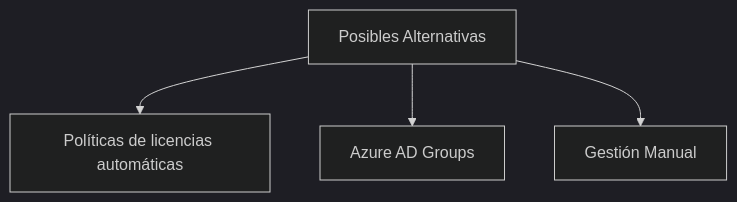
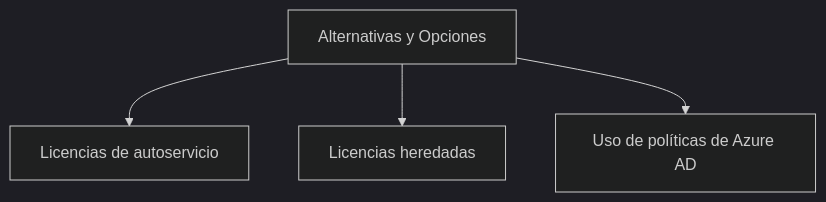
Before and after one commit to fedesantamarina/az-104: the third of 3 diagrams in Manage Licenses in Azure AD.md, drawn with Mermaid (dark theme). The commit also changed other lines of this file, not shown here.

````diff
--- a/Manage Licenses in Azure AD.md
+++ b/Manage Licenses in Azure AD.md
@@ -107,6 +64,6 @@
 ```mermaid
-graph TD
-  A[Posibles Alternativas] --> B[Políticas de licencias automáticas]
-  A --> C[Azure AD Groups]
-  A --> D[Gestión Manual]
+graph TD;
+  A[Alternativas y Opciones] --> B[Licencias de autoservicio]
+  A --> C[Licencias heredadas]
+  A --> D[Uso de políticas de Azure AD]
 ```
````
